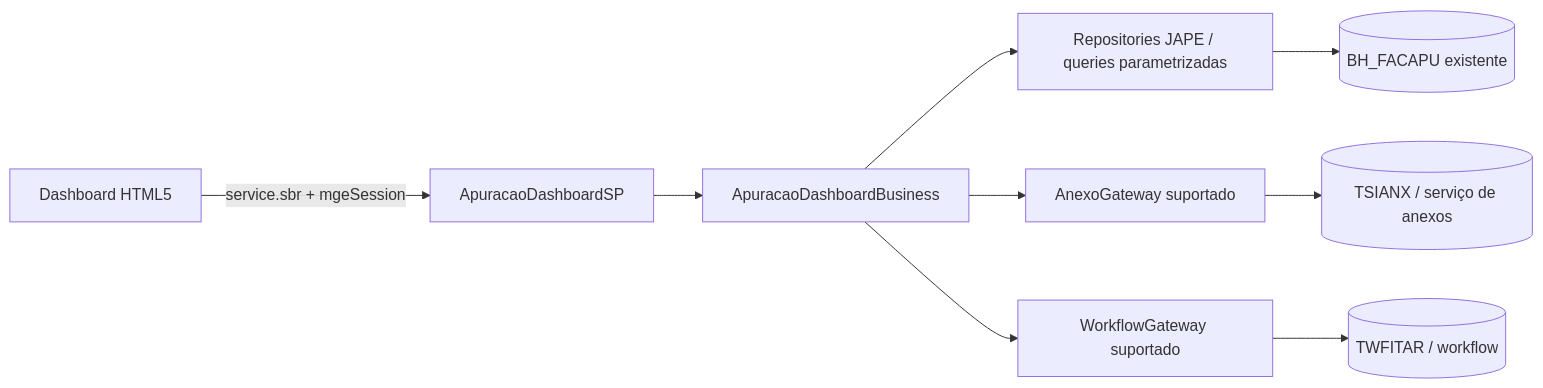
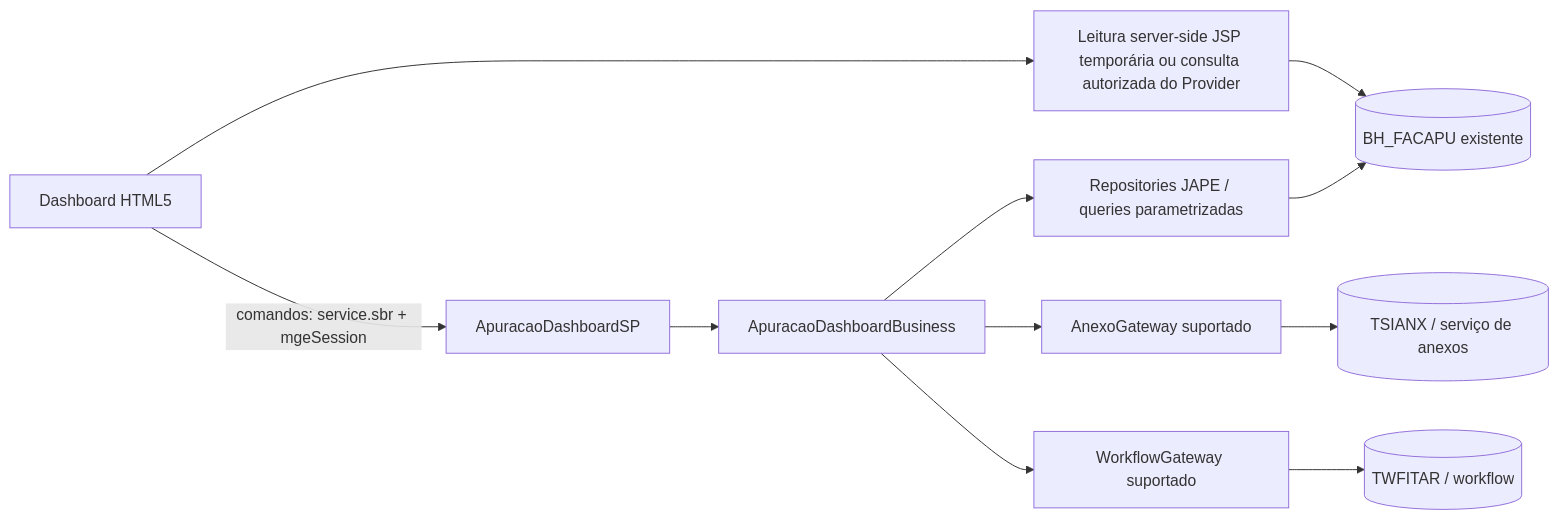
One commit to thiagoaataide/facilita-teste changed the diagram in .specs/features/apuracao-dashboard-service-provider/design.md. Above: the diagram before and after it, drawn with Mermaid. The commit also changed other lines of this file and 25 other files, not shown here.

````diff
--- a/.specs/features/apuracao-dashboard-service-provider/design.md
+++ b/.specs/features/apuracao-dashboard-service-provider/design.md
@@ -14,11 +15,13 @@
 ```mermaid
 flowchart LR
-    UI[Dashboard HTML5] -->|service.sbr + mgeSession| C[ApuracaoDashboardSP]
+    UI[Dashboard HTML5] -->|comandos: service.sbr + mgeSession| C[ApuracaoDashboardSP]
+    UI --> Q[Leitura server-side JSP temporária ou consulta autorizada do Provider]
+    Q --> F[(BH_FACAPU existente)]
     C --> B[ApuracaoDashboardBusiness]
     B --> R[Repositories JAPE / queries parametrizadas]
     R --> F[(BH_FACAPU existente)]
     B --> A[AnexoGateway suportado]
     A --> X[(TSIANX / serviço de anexos)]
     B --> W[WorkflowGateway suportado]
     W --> T[(TWFITAR / workflow)]
 ```
````
